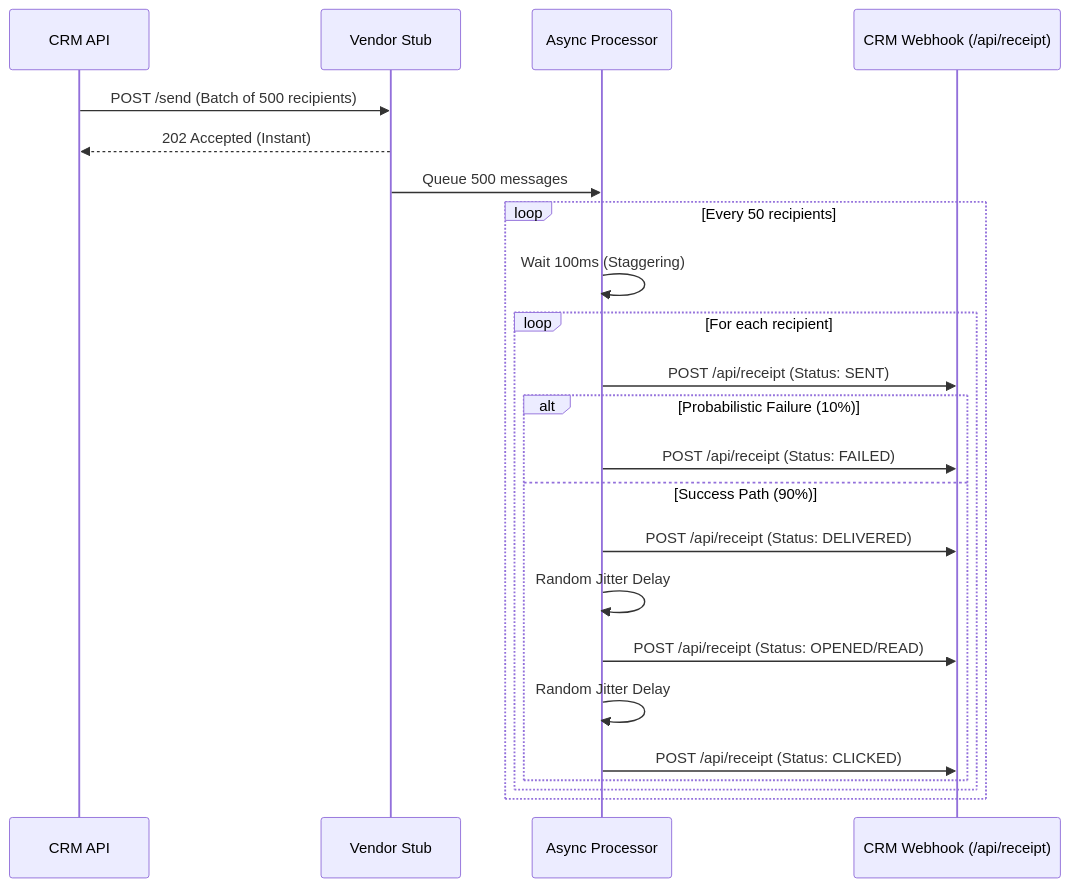
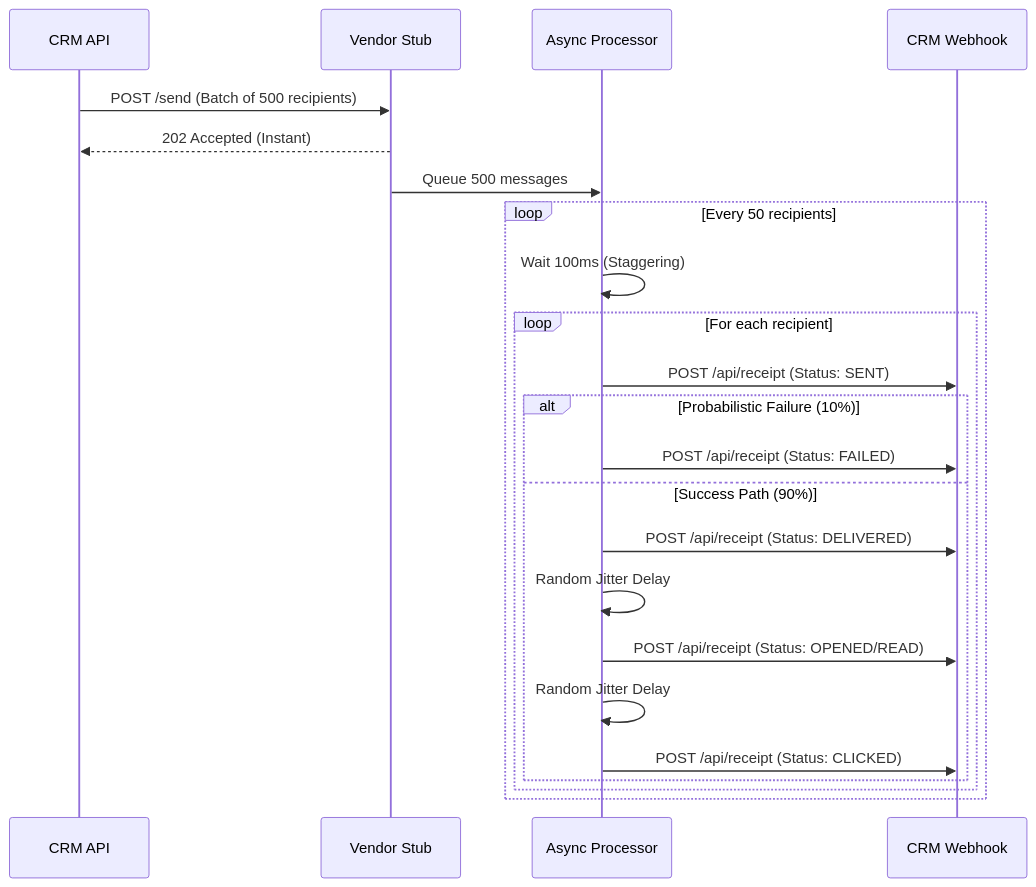
One commit to ShaikNelofer2004/Xeno changed the diagram in apps/stub/README.md. Above: the diagram before and after it, drawn with Mermaid. The commit also changed 1 other file, not shown here.

Commit message:
Fix syntax error in Mermaid diagrams for api and stub READMEs

````diff
--- a/apps/stub/README.md
+++ b/apps/stub/README.md
@@ -13,30 +13,30 @@
 ```mermaid
 sequenceDiagram
     participant API as CRM API
     participant Stub as Vendor Stub
     participant Background as Async Processor
-    participant Webhook as CRM Webhook (/api/receipt)
+    participant Webhook as CRM Webhook
 
     API->>Stub: POST /send (Batch of 500 recipients)
     Stub-->>API: 202 Accepted (Instant)
     
     Stub->>Background: Queue 500 messages
     
     loop Every 50 recipients
         Background->>Background: Wait 100ms (Staggering)
         
         loop For each recipient
             Background->>Webhook: POST /api/receipt (Status: SENT)
             
             alt Probabilistic Failure (10%)
                 Background->>Webhook: POST /api/receipt (Status: FAILED)
             else Success Path (90%)
                 Background->>Webhook: POST /api/receipt (Status: DELIVERED)
                 Background->>Background: Random Jitter Delay
                 Background->>Webhook: POST /api/receipt (Status: OPENED/READ)
                 Background->>Background: Random Jitter Delay
                 Background->>Webhook: POST /api/receipt (Status: CLICKED)
             end
         end
     end
 ```
````
